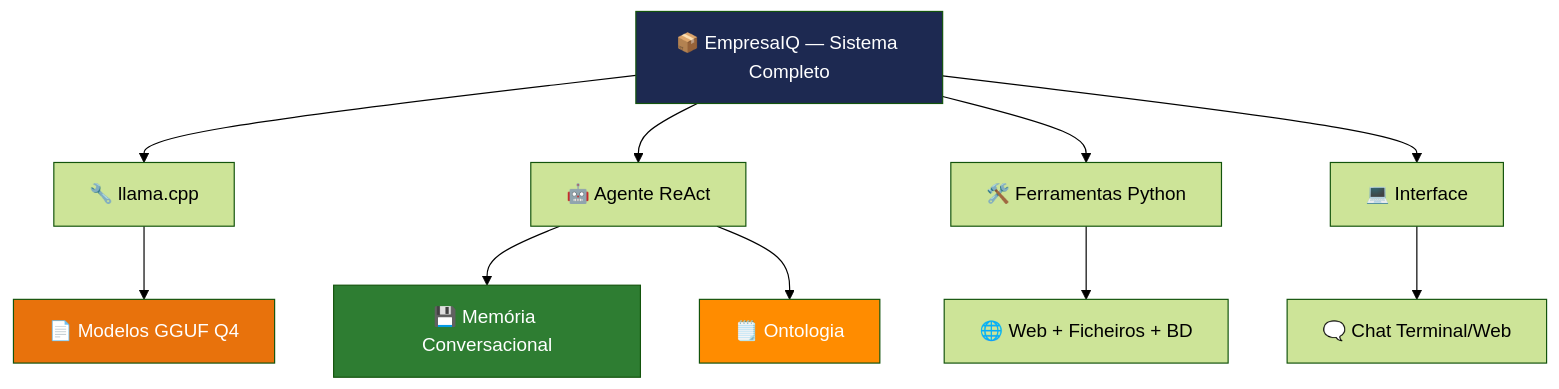
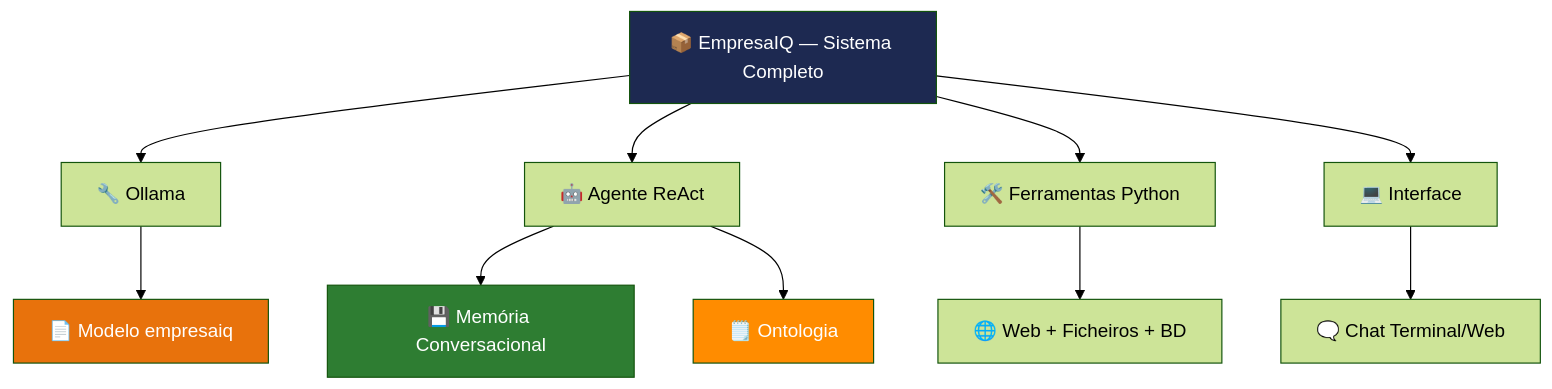
Before and after one commit to icpmtech/empresaiq-ebook: the diagram in docs/17-conclusao.md, drawn with Mermaid (forest theme). The commit also changed other lines of this file and 27 other files, not shown here.

````diff
--- a/docs/17-conclusao.md
+++ b/docs/17-conclusao.md
@@ -17,16 +17,16 @@
 ```mermaid
 graph TD
-    A["📦 EmpresaIQ — Sistema Completo"] --> B["🔧 llama.cpp"]
+    A["📦 EmpresaIQ — Sistema Completo"] --> B["🔧 Ollama"]
     A --> C["🤖 Agente ReAct"]
     A --> D["🛠️ Ferramentas Python"]
     A --> E["💻 Interface"]
-    B --> F["📄 Modelos GGUF Q4"]
+    B --> F["📄 Modelo empresaiq"]
     C --> G["💾 Memória Conversacional"]
     C --> O["🗒️ Ontologia"]
     D --> H["🌐 Web + Ficheiros + BD"]
     E --> I["🗨️ Chat Terminal/Web"]
     style A fill:#1D2951,color:#fff
     style F fill:#E8720C,color:#fff
     style O fill:#FF8C00,color:#fff
     style G fill:#2E7D32,color:#fff
 ```
````
